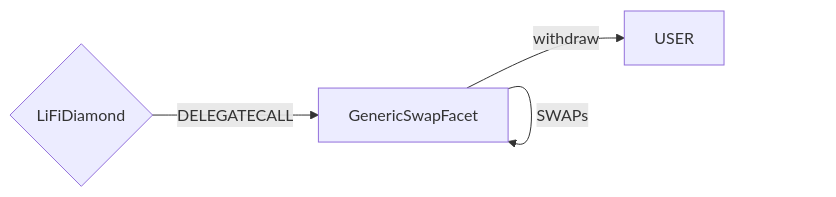
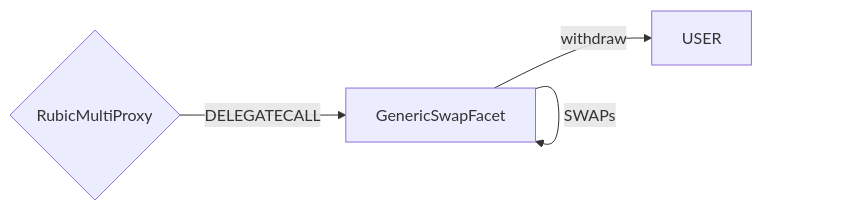
One commit to Cryptorubic/multi-proxy-rubic changed the diagram in docs/GenericSwapFacet.md. Above: the diagram before and after it, drawn with Mermaid. The commit also changed 82 other files, not shown here.

````diff
--- a/docs/GenericSwapFacet.md
+++ b/docs/GenericSwapFacet.md
@@ -10,6 +10,6 @@
 ```mermaid
 graph LR;
-    D{LiFiDiamond}-- DELEGATECALL -->GenericSwapFacet;
+    D{RubicMultiProxy}-- DELEGATECALL -->GenericSwapFacet;
     GenericSwapFacet -- SWAPs --> GenericSwapFacet
     GenericSwapFacet -- withdraw --> USER
 ```
````
